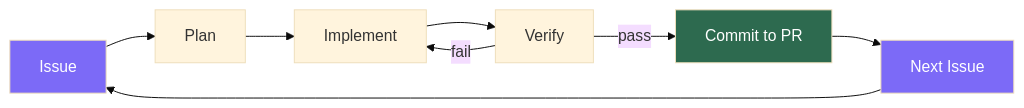
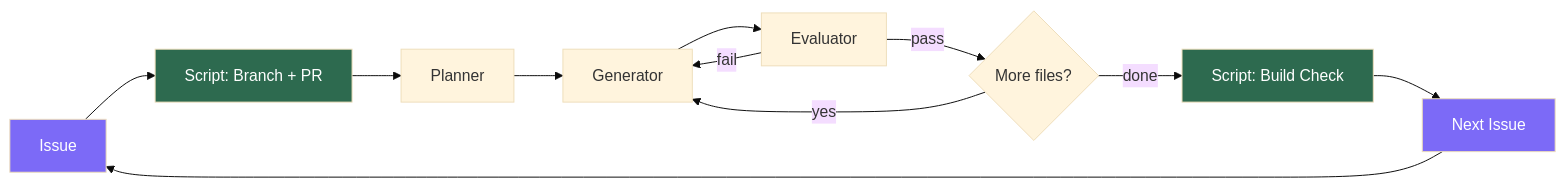
Before and after one commit to RyutoYoda/claude-continuous-loop: the first of 3 diagrams in docs/architecture.md, drawn with Mermaid (base theme). The commit also changed other lines of this file and 2 other files, not shown here.

First line of the commit message:
Major update: script-guaranteed steps + auto-merge

````diff
--- a/docs/architecture.md
+++ b/docs/architecture.md
@@ -5,12 +5,16 @@
 ```mermaid
 flowchart LR
-    A[Issue] --> B[Plan] --> C[Implement] --> D[Verify]
-    D -->|fail| C
-    D -->|pass| E[Commit to PR]
-    E --> F[Next Issue]
-    F --> A
+    A[Issue] --> B[Script: Branch + PR] --> C[Planner] --> D[Generator]
+    D --> E[Evaluator]
+    E -->|fail| D
+    E -->|pass| F{"More files?"}
+    F -->|yes| D
+    F -->|done| G[Script: Build Check]
+    G --> H[Next Issue]
+    H --> A
 
     style A fill:#7c6af7,color:#fff
-    style E fill:#2d6a4f,color:#fff
-    style F fill:#7c6af7,color:#fff
+    style B fill:#2d6a4f,color:#fff
+    style G fill:#2d6a4f,color:#fff
+    style H fill:#7c6af7,color:#fff
 ```
````
